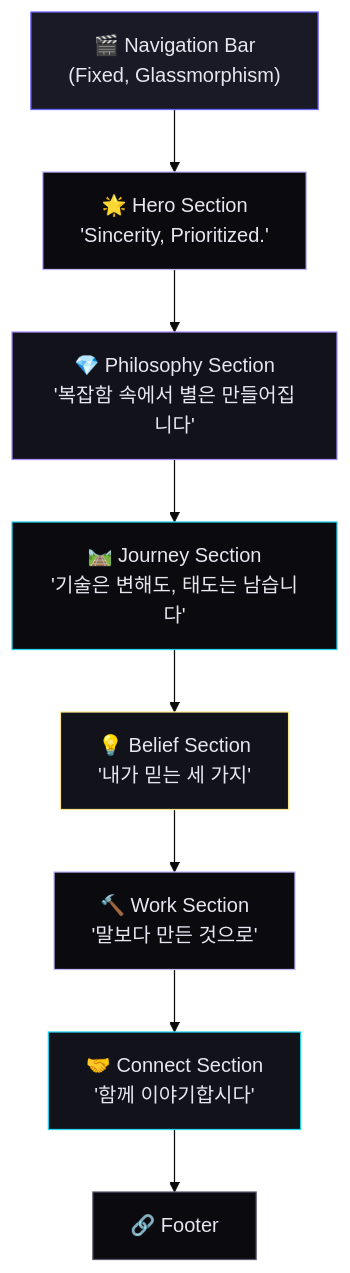
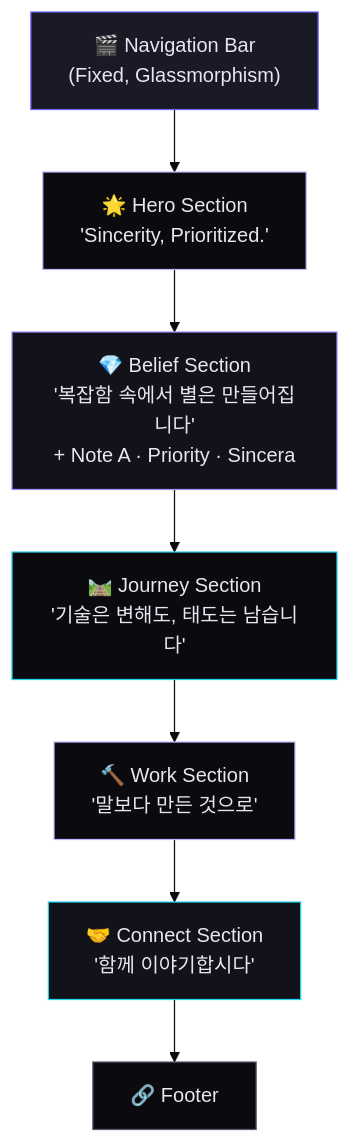
Before and after one commit to matthewshim/PriSincera: the diagram in docs/PriSincera_MainPagePlan.md, drawn with Mermaid (base theme). The commit also changed other lines of this file, not shown here.

Commit message:
docs: update plan to reflect Philosophy+Belief merge

````diff
--- a/docs/PriSincera_MainPagePlan.md
+++ b/docs/PriSincera_MainPagePlan.md
@@ -106,19 +106,17 @@
 ```mermaid
 graph TD
     A["🎬 Navigation Bar<br/>(Fixed, Glassmorphism)"] --> B["🌟 Hero Section<br/>'Sincerity, Prioritized.'"]
-    B --> C["💎 Philosophy Section<br/>'복잡함 속에서 별은 만들어집니다'"]
+    B --> C["💎 Belief Section<br/>'복잡함 속에서 별은 만들어집니다'<br/>+ Note A · Priority · Sincera"]
     C --> D["🛤️ Journey Section<br/>'기술은 변해도, 태도는 남습니다'"]
-    D --> E["💡 Belief Section<br/>'내가 믿는 세 가지'"]
-    E --> F["🔨 Work Section<br/>'말보다 만든 것으로'"]
-    F --> G["🤝 Connect Section<br/>'함께 이야기합시다'"]
-    G --> H["🔗 Footer"]
+    D --> E["🔨 Work Section<br/>'말보다 만든 것으로'"]
+    E --> F["🤝 Connect Section<br/>'함께 이야기합시다'"]
+    F --> G["🔗 Footer"]
 
     style A fill:#1A1A26,stroke:#6C63FF,color:#E8E6F0
     style B fill:#0A0A0F,stroke:#C4B5FD,color:#E8E6F0
     style C fill:#12121A,stroke:#A78BFA,color:#E8E6F0
     style D fill:#0A0A0F,stroke:#22D3EE,color:#E8E6F0
-    style E fill:#12121A,stroke:#FDE68A,color:#E8E6F0
-    style F fill:#0A0A0F,stroke:#C4B5FD,color:#E8E6F0
-    style G fill:#12121A,stroke:#22D3EE,color:#E8E6F0
-    style H fill:#0A0A0F,stroke:#5A5870,color:#E8E6F0
+    style E fill:#0A0A0F,stroke:#C4B5FD,color:#E8E6F0
+    style F fill:#12121A,stroke:#22D3EE,color:#E8E6F0
+    style G fill:#0A0A0F,stroke:#5A5870,color:#E8E6F0
 ```
````
